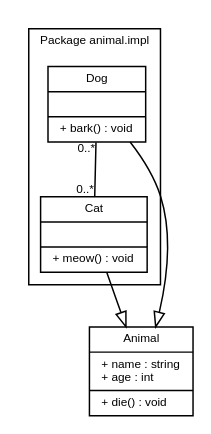
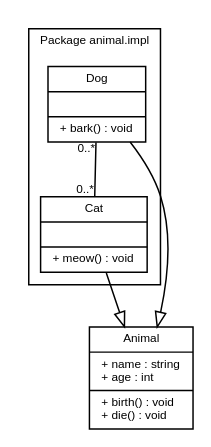
The diagram in UMLexample.gv (GiovaniPM/Graphs), drawn with Graphviz before and after one commit.

Commit message:
Giovani_Mesquita(RBST10164) 191125163515

```diff
--- a/UMLexample.gv
+++ b/UMLexample.gv
@@ -1,36 +1,36 @@
 digraph G {
     fontname = "Arial"
     fontsize = 8
     node [
         fontname = "Arial"
         fontsize = 8
         shape = "record"
     ]
     edge [
         fontname = "Arial"
         fontsize = 8
     ]
     Animal [
-        label = "{Animal|+ name : string\l+ age : int\l|+ die() : void\l}"
+        label = "{Animal|+ name : string\l+ age : int\l|+ birth() : void\l+ die() : void\l}"
     ]
     subgraph clusterAnimalImpl {
         label = "Package animal.impl"
         Dog [
             label = "{Dog||+ bark() : void\l}"
         ]
         Cat [
             label = "{Cat||+ meow() : void\l}"
         ]
     }
     edge [
         arrowhead = "empty"
     ]
     Dog -> Animal
     Cat -> Animal
     edge [
         arrowhead = "none"
         headlabel = "0..*"
         taillabel = "0..*"
     ]
     Dog -> Cat
 }
```
